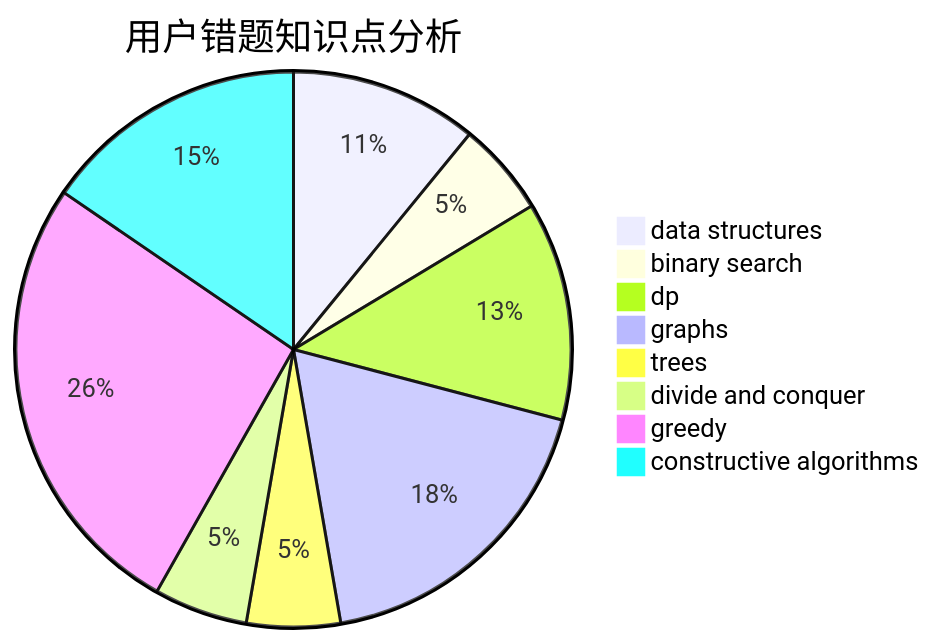
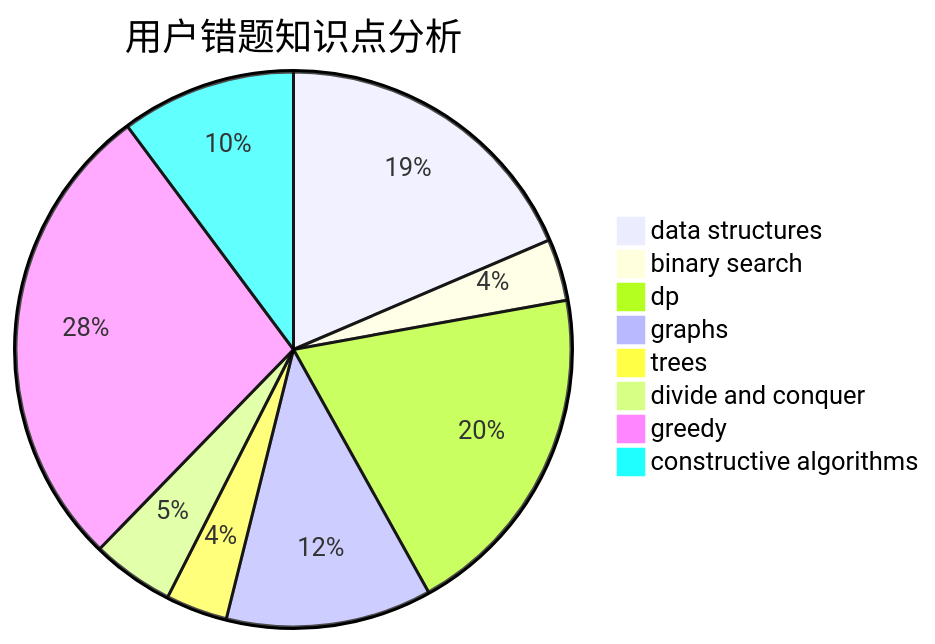
Before and after one commit to sherpahu/cfrs.github.io: the third of 3 diagrams in docs/user/u1700.md, drawn with Mermaid. The commit also changed other lines of this file and 2770 other files, not shown here.

````diff
--- a/docs/user/u1700.md
+++ b/docs/user/u1700.md
@@ -36,11 +36,11 @@
 ```mermaid
 pie title 用户错题知识点分析
-    "data structures" :  12
+    "data structures" :  31
     "binary search" :  6
-    "dp" :  14
+    "dp" :  33
     "graphs" :  20
     "trees" :  6
-    "divide and conquer" :  6
-    "greedy" :  29
+    "divide and conquer" :  8
+    "greedy" :  46
     "constructive algorithms" :  17
 ```
````
